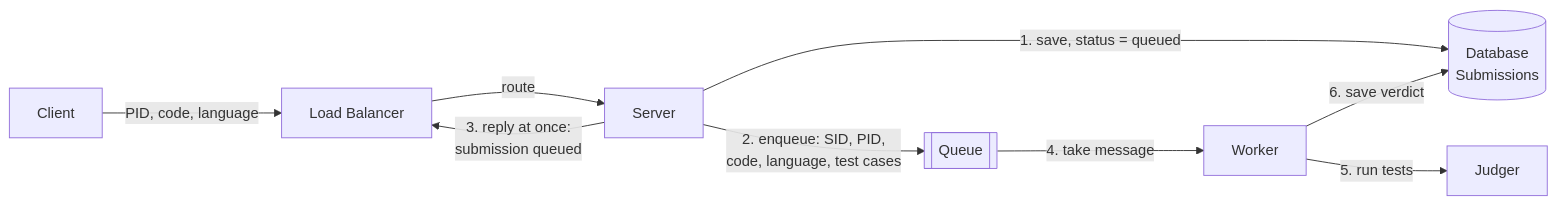
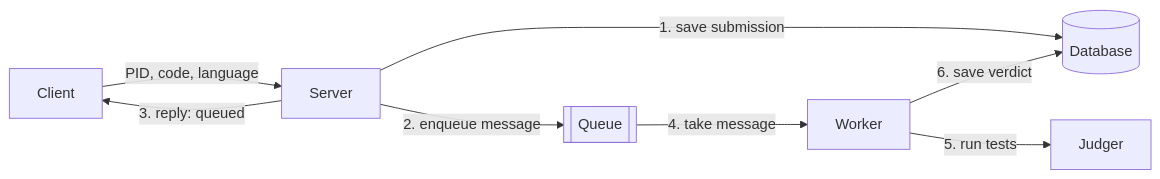
One commit to aaryan-pradhan/core-cs-fundamentals changed the diagram in hld/13-message-queues.md. Above: the diagram before and after it, drawn with Mermaid. The commit also changed other lines of this file, not shown here.

````diff
--- a/hld/13-message-queues.md
+++ b/hld/13-message-queues.md
@@ -40,11 +32,10 @@
 ```mermaid
 flowchart LR
-    C["Client"] -->|"PID, code, language"| LB["Load Balancer"]
-    LB -->|"route"| S["Server"]
-    S -->|"1. save, status = queued"| D[("Database<br/>Submissions")]
-    S -->|"2. enqueue: SID, PID,<br/>code, language, test cases"| Q[["Queue"]]
-    S -->|"3. reply at once:<br/>submission queued"| LB
+    C["Client"] -->|"PID, code, language"| S["Server"]
+    S -->|"1. save submission"| D[("Database")]
+    S -->|"2. enqueue message"| Q[["Queue"]]
+    S -->|"3. reply: queued"| C
     Q -->|"4. take message"| W["Worker"]
     W -->|"5. run tests"| J["Judger"]
     W -->|"6. save verdict"| D
 ```
````
